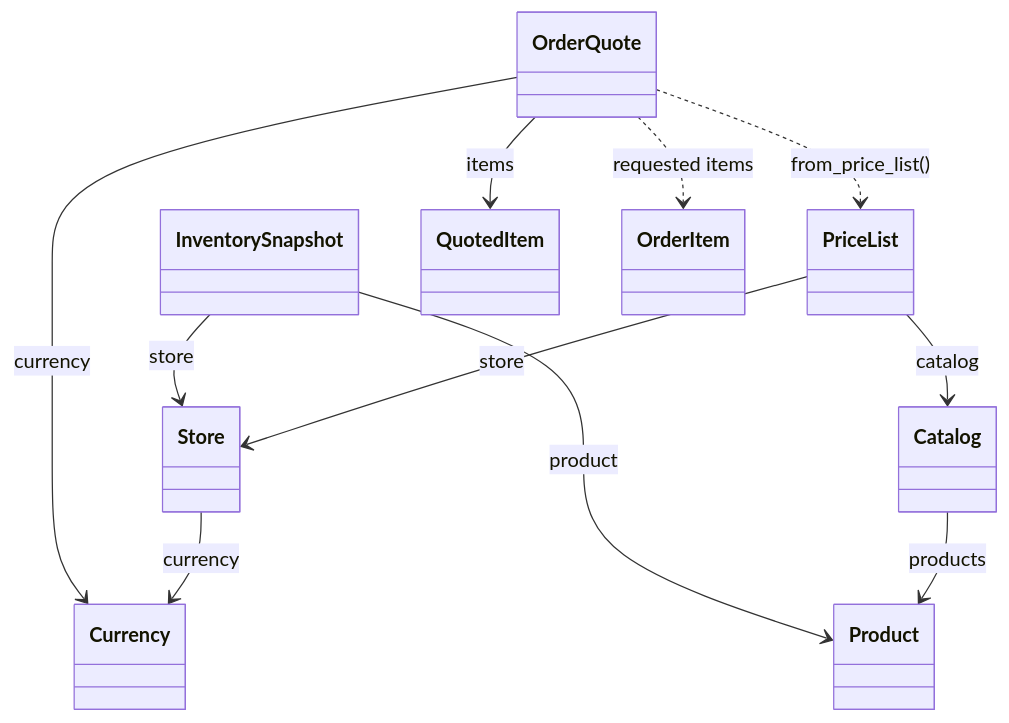
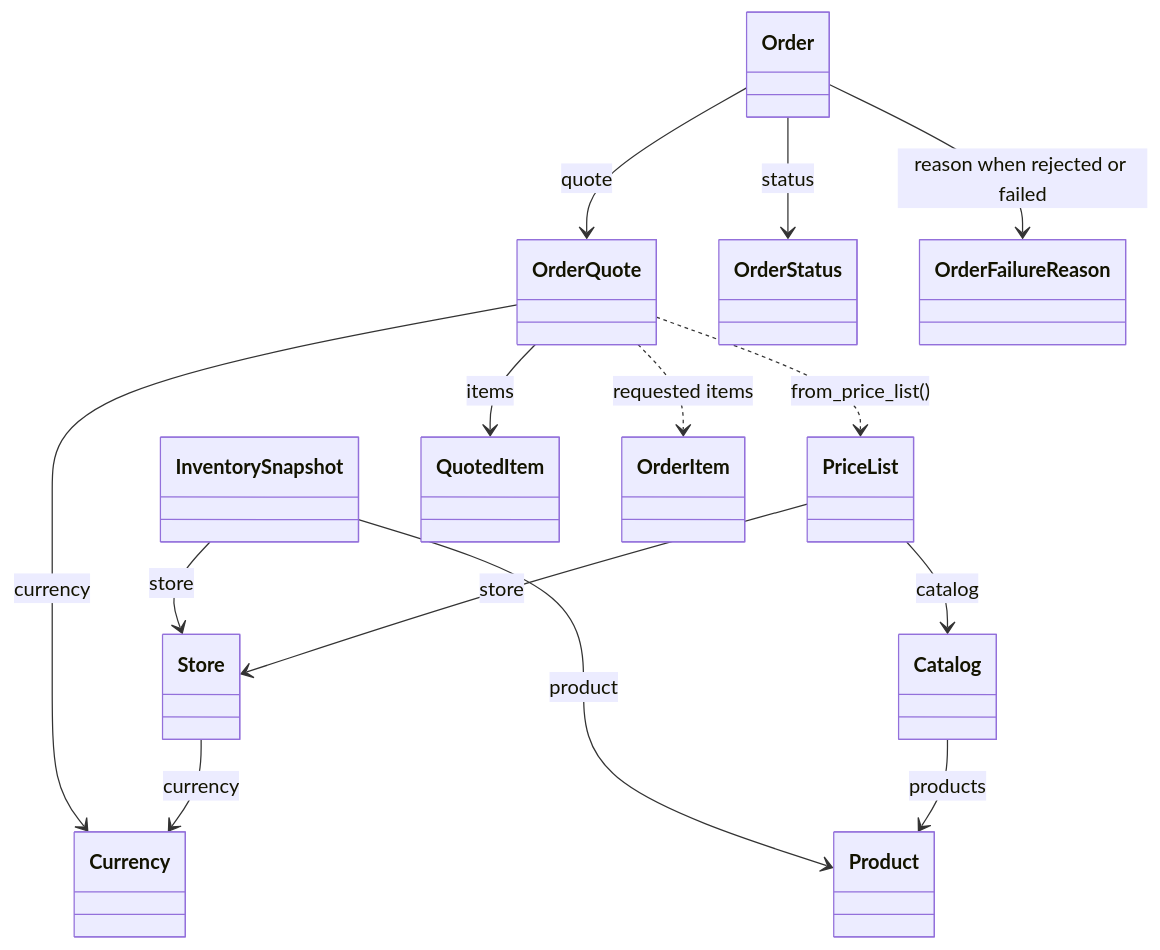
The first of 2 diagrams in src/labflow/README.md (thiagogenez/labflow), drawn with Mermaid before and after one commit. The commit also changed other lines of this file and 6 other files, not shown here.

````diff
--- a/src/labflow/README.md
+++ b/src/labflow/README.md
@@ -21,13 +20,16 @@
 ```mermaid
 classDiagram
     PriceList --> Store : store
     Store --> Currency : currency
     PriceList --> Catalog : catalog
     Catalog --> Product : products
     InventorySnapshot --> Store : store
     InventorySnapshot --> Product : product
+    Order --> OrderQuote : quote
+    Order --> OrderStatus : status
+    Order --> OrderFailureReason : reason when rejected or failed
     OrderQuote --> QuotedItem : items
     OrderQuote --> Currency : currency
     OrderQuote ..> PriceList : from_price_list()
     OrderQuote ..> OrderItem : requested items
 ```
````
